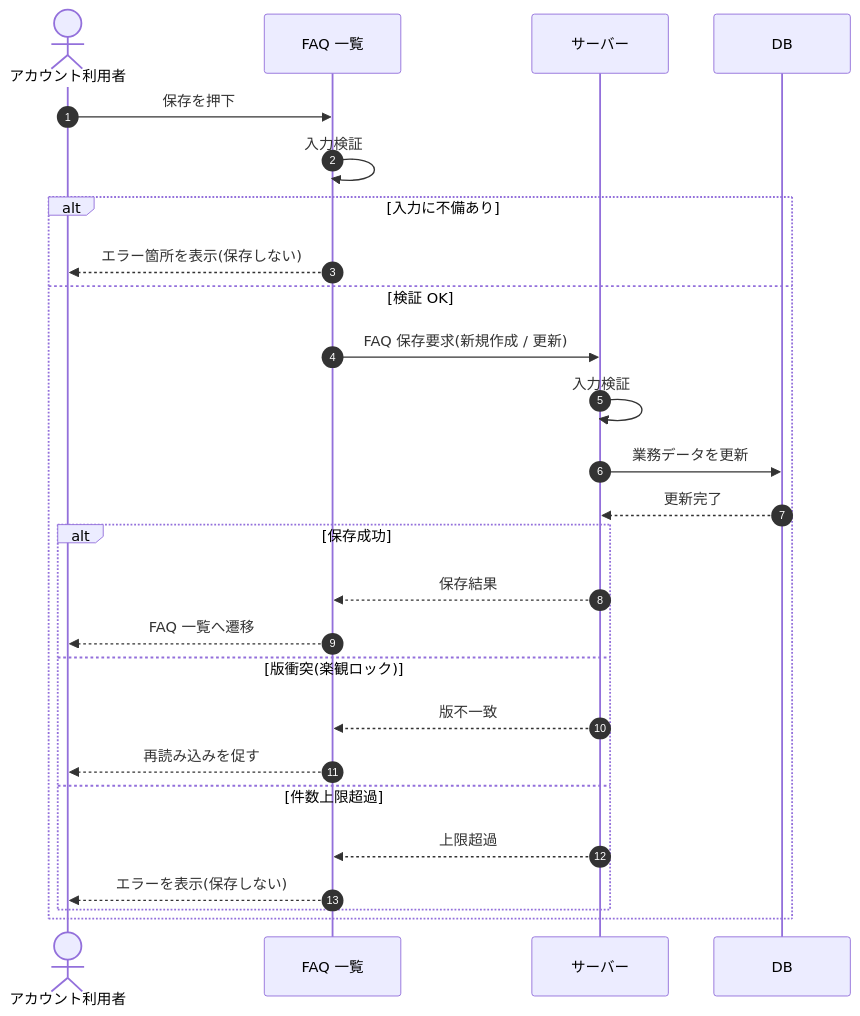
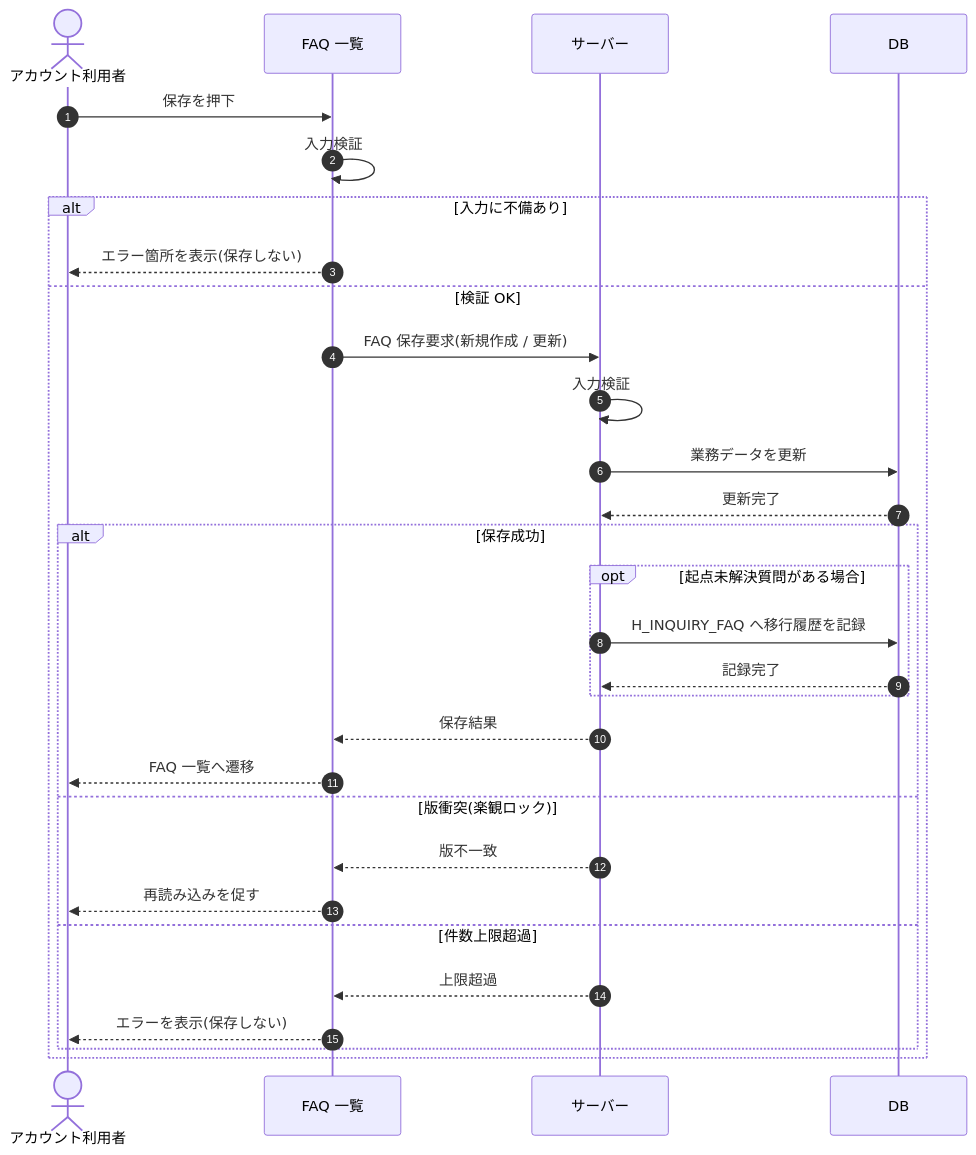
The diagram in 02_basic_design/03_sequences/SEQ-034.md (sikakou54/open-faq), drawn with Mermaid before and after one commit. The commit also changed other lines of this file and 29 other files, not shown here.

````diff
--- a/02_basic_design/03_sequences/SEQ-034.md
+++ b/02_basic_design/03_sequences/SEQ-034.md
@@ -15,28 +15,32 @@
 ```mermaid
 sequenceDiagram
   autonumber
   actor U as アカウント利用者
   participant Screen as FAQ 一覧
   participant Server as サーバー
   participant DB as DB
   U->>Screen: 保存を押下
   Screen->>Screen: 入力検証
   alt 入力に不備あり
     Screen-->>U: エラー箇所を表示(保存しない)
   else 検証 OK
     Screen->>Server: FAQ 保存要求(新規作成 / 更新)
     Server->>Server: 入力検証
     Server->>DB: 業務データを更新
     DB-->>Server: 更新完了
     alt 保存成功
+      opt 起点未解決質問がある場合
+        Server->>DB: H_INQUIRY_FAQ へ移行履歴を記録
+        DB-->>Server: 記録完了
+      end
       Server-->>Screen: 保存結果
       Screen-->>U: FAQ 一覧へ遷移
     else 版衝突(楽観ロック)
       Server-->>Screen: 版不一致
       Screen-->>U: 再読み込みを促す
     else 件数上限超過
       Server-->>Screen: 上限超過
       Screen-->>U: エラーを表示(保存しない)
     end
   end
 ```
````
